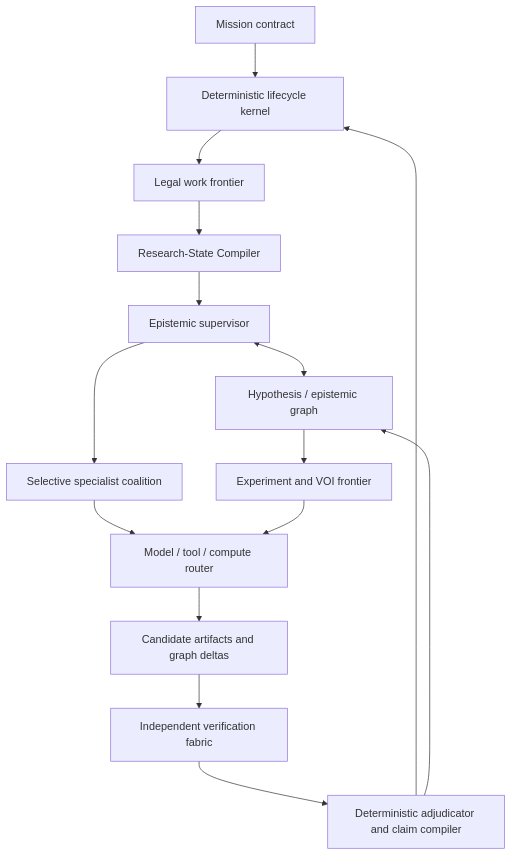
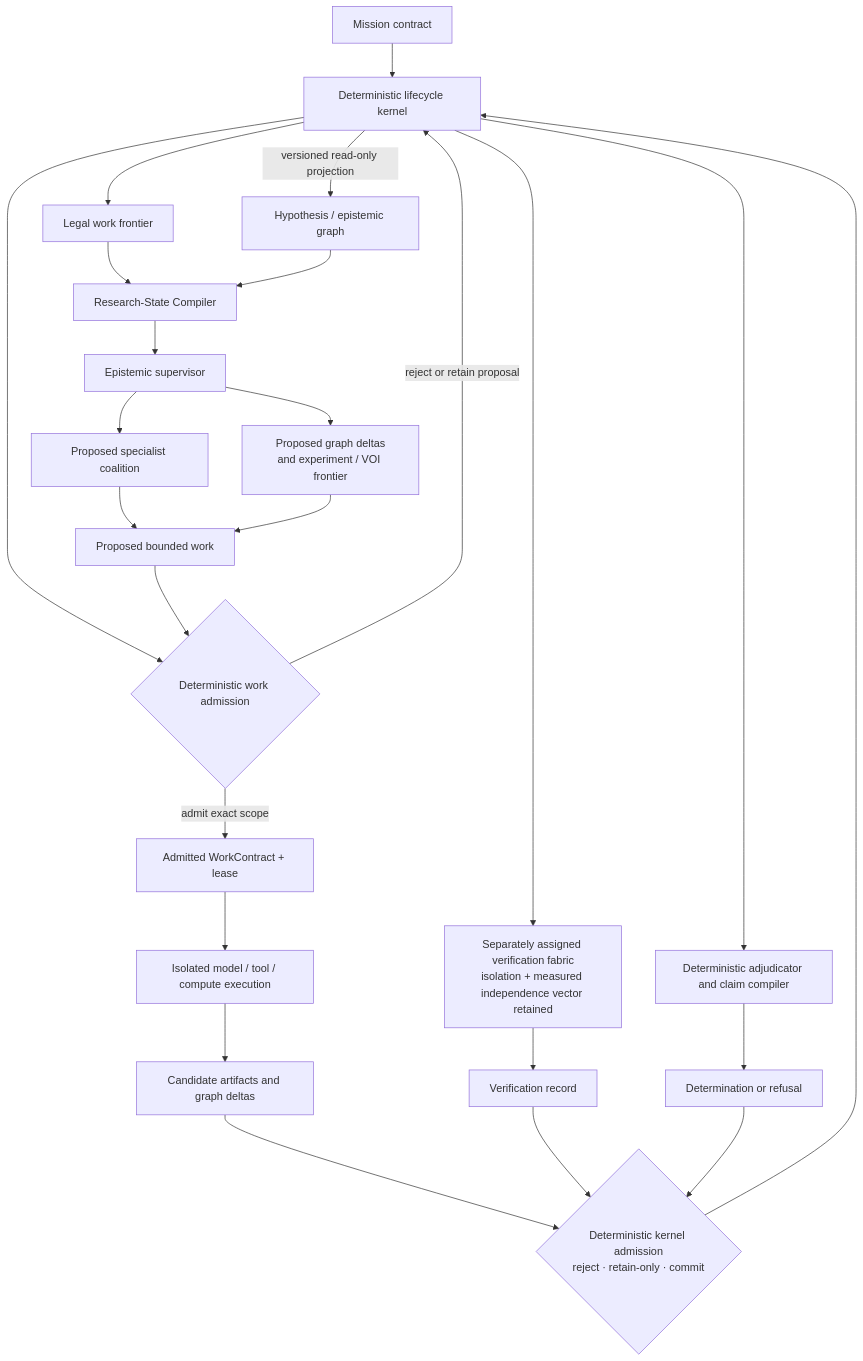
The diagram in docs/COGNITIVE_ARCHITECTURE.md (manfromnowhere143/odeya), drawn with Mermaid before and after one commit. The commit also changed other lines of this file and 84 other files, not shown here.

First line of the commit message:
architecture: construct odeya-jcs-0.3 candidate

````diff
--- a/docs/COGNITIVE_ARCHITECTURE.md
+++ b/docs/COGNITIVE_ARCHITECTURE.md
@@ -14,17 +14,27 @@
 ```mermaid
 flowchart TB
     M[Mission contract] --> K[Deterministic lifecycle kernel]
     K --> F[Legal work frontier]
+    K -->|versioned read-only projection| G[Hypothesis / epistemic graph]
     F --> C[Research-State Compiler]
+    G --> C
     C --> S[Epistemic supervisor]
-    S <--> G[Hypothesis / epistemic graph]
-    S --> Q[Selective specialist coalition]
-    G --> P[Experiment and VOI frontier]
-    Q --> R[Model / tool / compute router]
-    P --> R
+    S --> Q[Proposed specialist coalition]
+    S --> P[Proposed graph deltas<br/>and experiment / VOI frontier]
+    Q --> WP[Proposed bounded work]
+    P --> WP
+    K --> WA{Deterministic work admission}
+    WP --> WA
+    WA -->|admit exact scope| WC[Admitted WorkContract + lease]
+    WA -->|reject or retain proposal| K
+    WC --> R[Isolated model / tool / compute execution]
     R --> A[Candidate artifacts and graph deltas]
-    A --> V[Independent verification fabric]
-    V --> D[Deterministic adjudicator and claim compiler]
-    D --> K
-    D --> G
+    A --> N{Deterministic kernel admission<br/>reject · retain-only · commit}
+    N --> K
+    K --> V[Separately assigned verification fabric<br/>isolation + measured independence vector retained]
+    V --> VR[Verification record]
+    VR --> N
+    K --> D[Deterministic adjudicator and claim compiler]
+    D --> DR[Determination or refusal]
+    DR --> N
 ```
````
